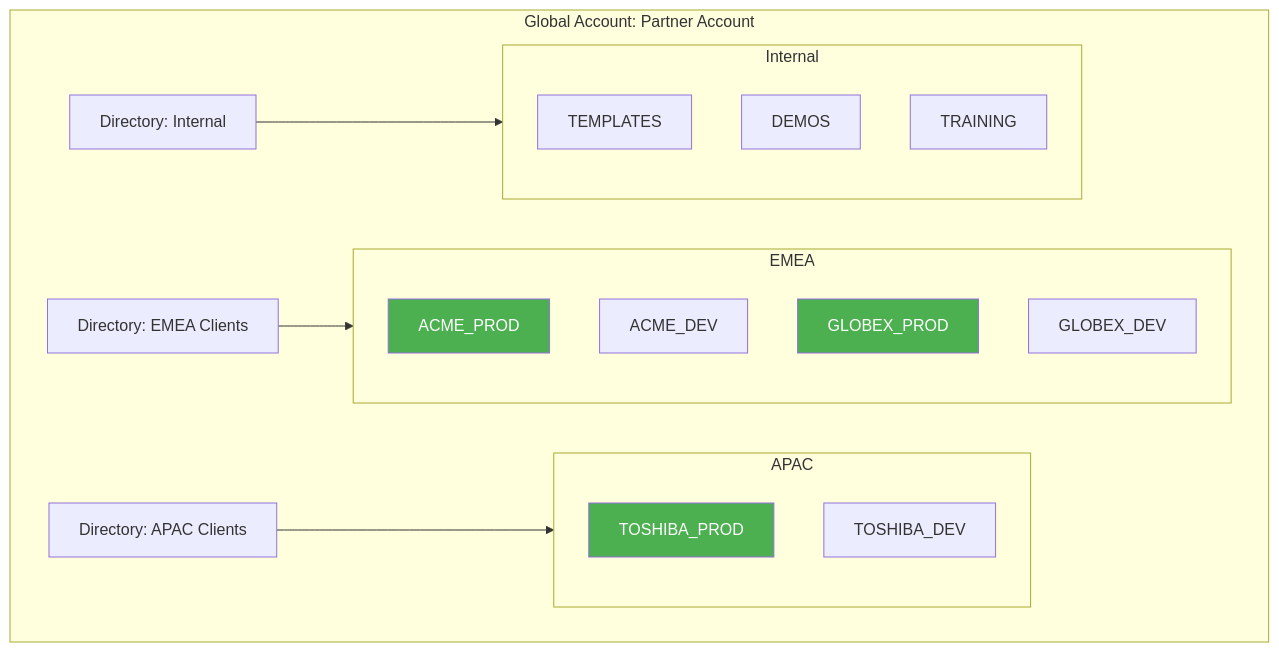
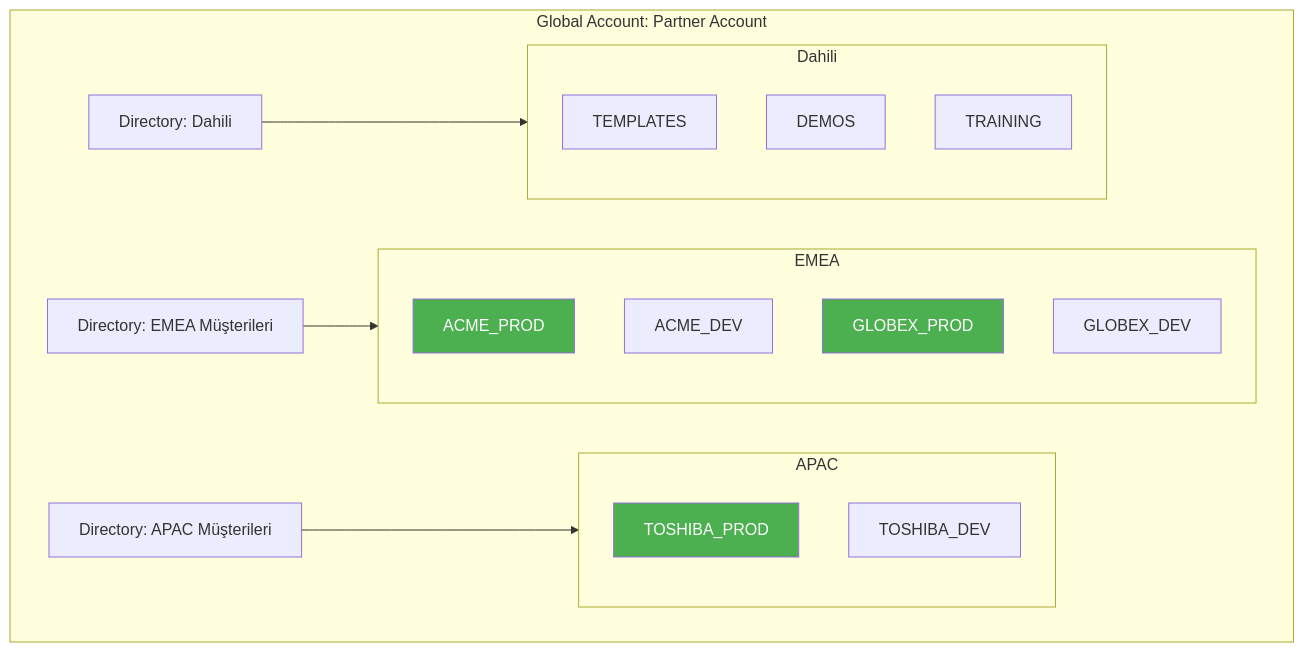
One commit to beyhanmeyrali/sap-all changed the second of 11 diagrams in Technical Tutorials/BTP/TR/chapters/12-multi-client-management.md. Above: the diagram before and after it, drawn with Mermaid. The commit also changed other lines of this file and 11 other files, not shown here.

````diff
--- a/Technical Tutorials/BTP/TR/chapters/12-multi-client-management.md
+++ b/Technical Tutorials/BTP/TR/chapters/12-multi-client-management.md
@@ -48,34 +48,34 @@
 ```mermaid
 graph TD
     subgraph "Global Account: Partner Account"
-        DIR1[Directory: EMEA Clients]
-        DIR2[Directory: APAC Clients]
-        DIR3[Directory: Internal]
+        DIR1[Directory: EMEA Müşterileri]
+        DIR2[Directory: APAC Müşterileri]
+        DIR3[Directory: Dahili]
 
         subgraph "EMEA"
             SA1[ACME_PROD]
             SA2[ACME_DEV]
             SA3[GLOBEX_PROD]
             SA4[GLOBEX_DEV]
         end
 
         subgraph "APAC"
             SA5[TOSHIBA_PROD]
             SA6[TOSHIBA_DEV]
         end
 
-        subgraph "Internal"
+        subgraph "Dahili"
             SA7[TEMPLATES]
             SA8[DEMOS]
             SA9[TRAINING]
         end
     end
 
     DIR1 --> EMEA
     DIR2 --> APAC
-    DIR3 --> Internal
+    DIR3 --> Dahili
 
     style SA1 fill:#4CAF50,color:white
     style SA3 fill:#4CAF50,color:white
     style SA5 fill:#4CAF50,color:white
 ```
````
